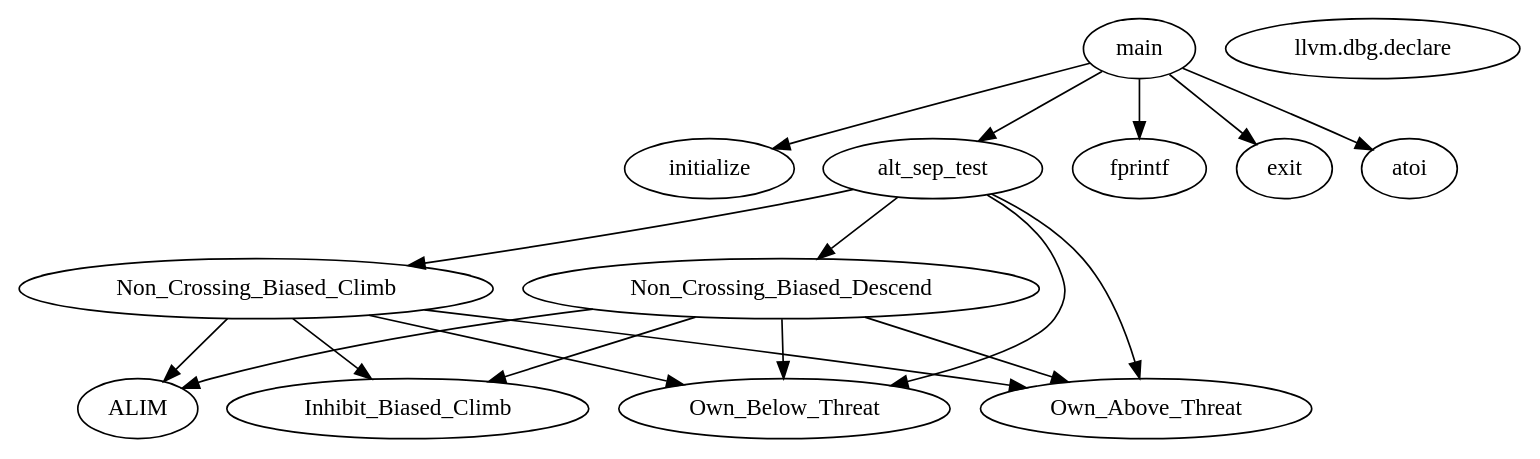
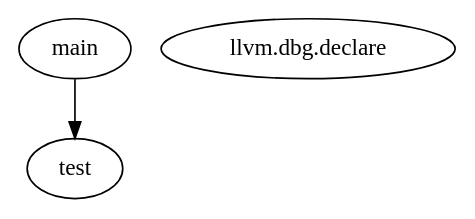
The diagram in examples/Hello/funcs.dot (mengdiwang/llvm-2.9), drawn with Graphviz before and after one commit. The commit also changed 7 other files, not shown here.

```diff
--- a/examples/Hello/funcs.dot
+++ b/examples/Hello/funcs.dot
@@ -1,32 +1,6 @@
 digraph G {
-0[label="initialize"];
-1[label="ALIM"];
-2[label="Inhibit_Biased_Climb"];
-3[label="Non_Crossing_Biased_Climb"];
-4[label="llvm.dbg.declare"];
-5[label="Non_Crossing_Biased_Descend"];
-6[label="Own_Below_Threat"];
-7[label="Own_Above_Threat"];
-8[label="alt_sep_test"];
-9[label="main"];
-10[label="fprintf"];
-11[label="exit"];
-12[label="atoi"];
-3->2 ;
-3->6 ;
-3->1 ;
-3->7 ;
-5->2 ;
-5->6 ;
-5->1 ;
-5->7 ;
-8->3 ;
-8->6 ;
-8->5 ;
-8->7 ;
-9->10 ;
-9->11 ;
-9->0 ;
-9->12 ;
-9->8 ;
+0[label="test"];
+1[label="llvm.dbg.declare"];
+2[label="main"];
+2->0 ;
 }
```
